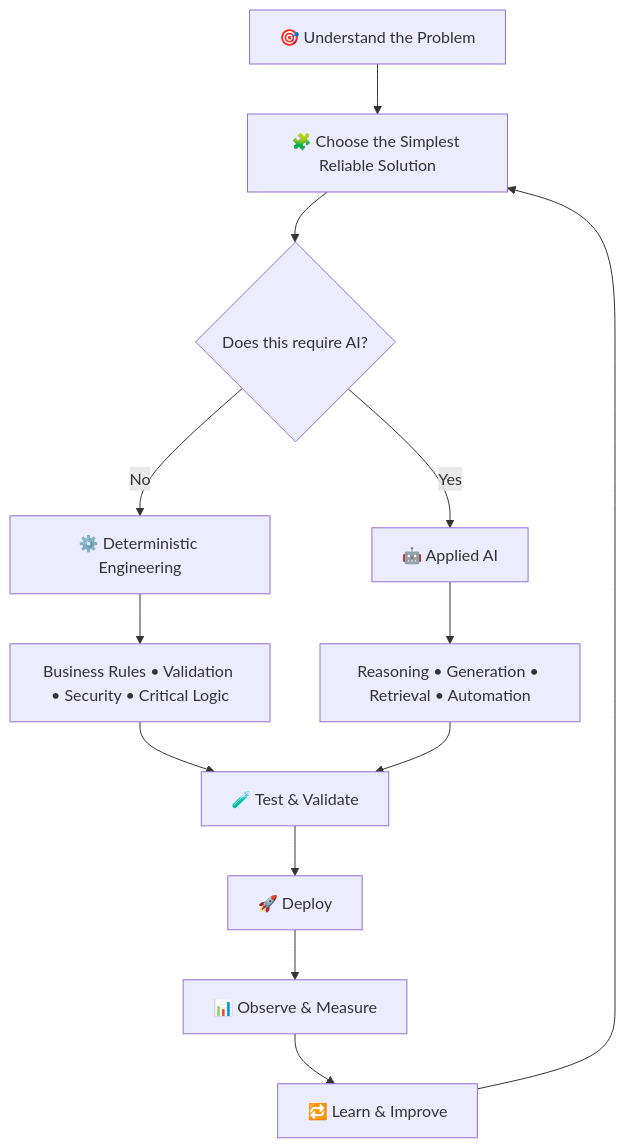
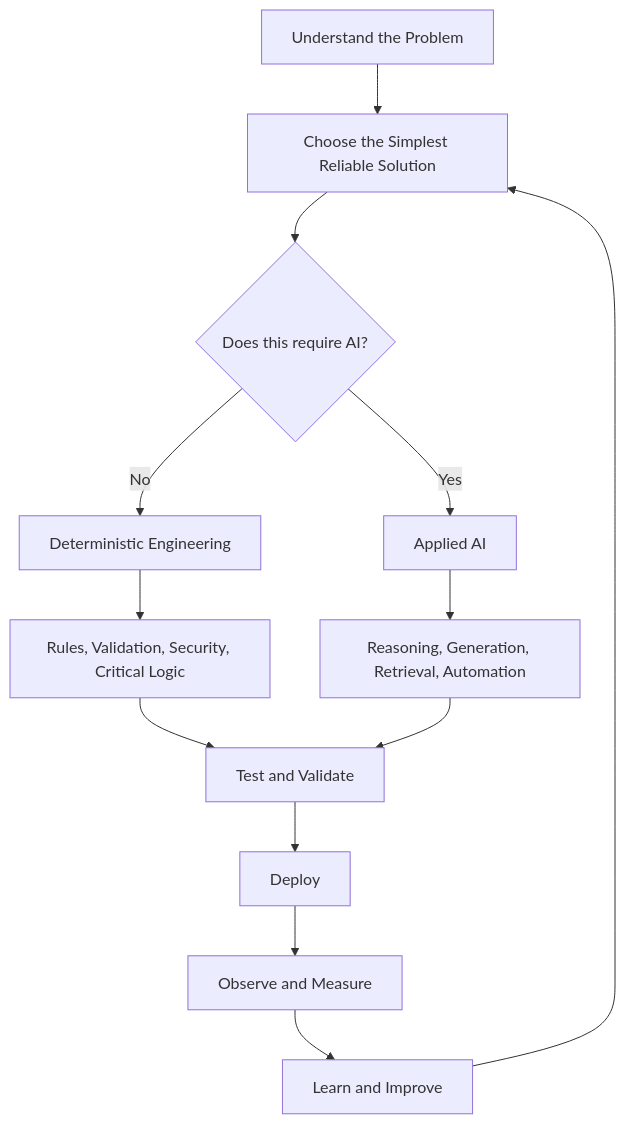
One commit to hassan00dev/hassan00dev changed the diagram in README.md. Above: the diagram before and after it, drawn with Mermaid. The commit also changed other lines of this file, not shown here.

Commit message:
update diagrame mermaid

````diff
--- a/README.md
+++ b/README.md
@@ -198,21 +198,19 @@
 ```mermaid
 flowchart TD
-    A["🎯 Understand the Problem"] --> B["🧩 Choose the Simplest Reliable Solution"]
-
+    A["Understand the Problem"] --> B["Choose the Simplest Reliable Solution"]
     B --> C{"Does this require AI?"}
 
-    C -->|"No"| D["⚙️ Deterministic Engineering"]
-    C -->|"Yes"| E["🤖 Applied AI"]
+    C -->|No| D["Deterministic Engineering"]
+    C -->|Yes| E["Applied AI"]
 
-    D --> F["Business Rules • Validation • Security • Critical Logic"]
-    E --> G["Reasoning • Generation • Retrieval • Automation"]
+    D --> F["Rules, Validation, Security, Critical Logic"]
+    E --> G["Reasoning, Generation, Retrieval, Automation"]
 
-    F --> H["🧪 Test & Validate"]
+    F --> H["Test and Validate"]
     G --> H
 
-    H --> I["🚀 Deploy"]
-    I --> J["📊 Observe & Measure"]
-    J --> K["🔁 Learn & Improve"]
-
+    H --> I["Deploy"]
+    I --> J["Observe and Measure"]
+    J --> K["Learn and Improve"]
     K --> B
 ```
````
